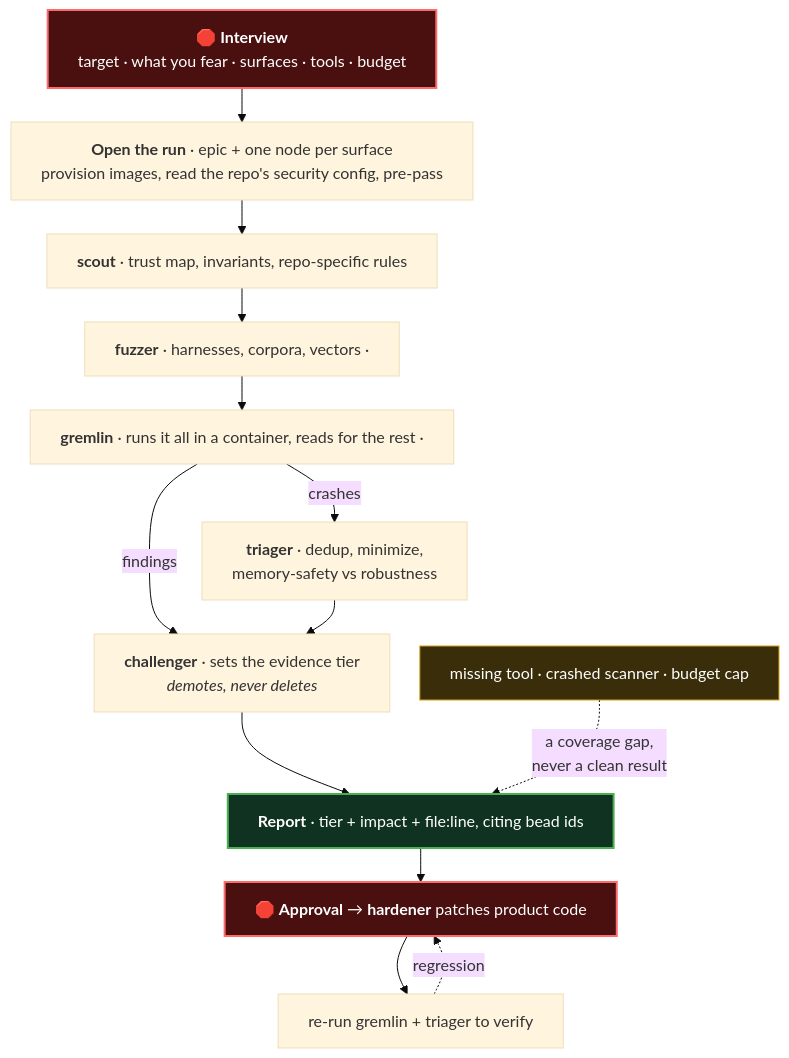
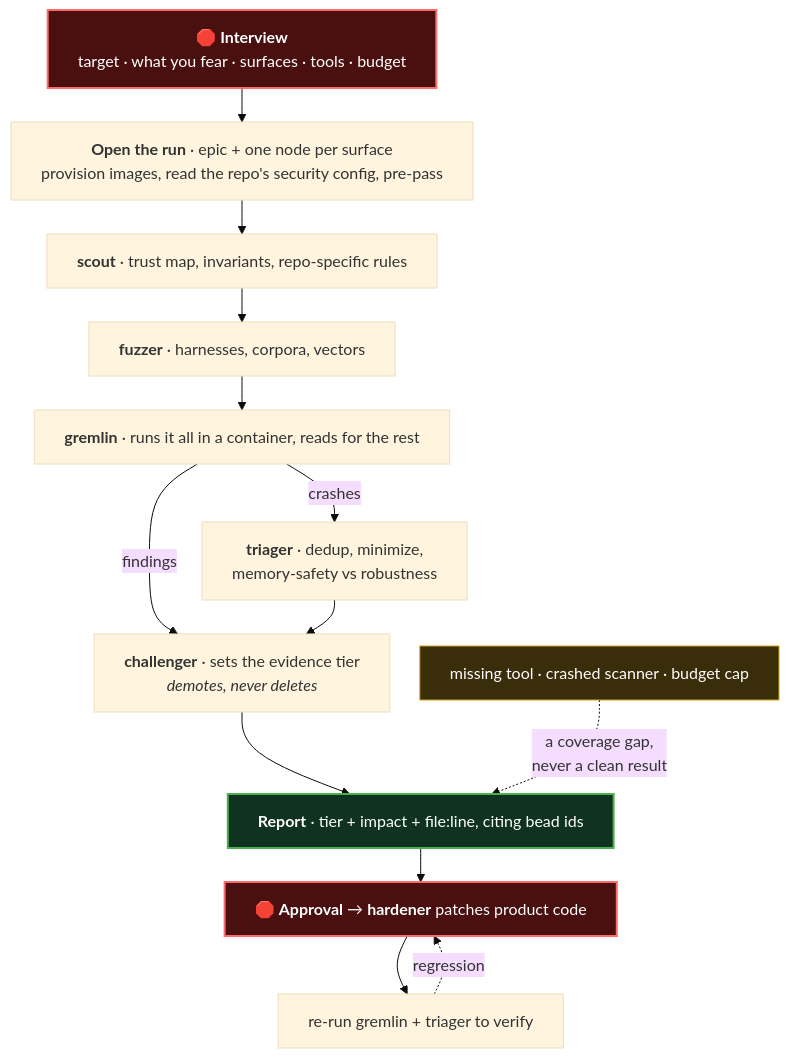
The diagram in README.md (srobroek/break-stuff), drawn with Mermaid (base theme) before and after one commit. The commit also changed other lines of this file, not shown here.

Commit message:
docs: drop the orphaned separators the last README edit left in the diagram
e885f7d removed the `<i>executes nothing</i>` and `<i>edits nothing</i>`
captions from the fuzzer and gremlin nodes but kept the ` · ` that had
separated them, so both rendered ending in a dangling middle dot. Mermaid parses
it fine, which is why it survived: the defect is visual only, confirmed by
rendering the block before and after with mermaid-cli.

````diff
--- a/README.md
+++ b/README.md
@@ -127,26 +127,26 @@
 ```mermaid
 %%{init: {"flowchart": {"wrappingWidth": 460, "nodeSpacing": 30, "rankSpacing": 34}}}%%
 flowchart TB
     Q["🛑 <b>Interview</b><br/>target · what you fear · surfaces · tools · budget"]
     Q --> OPEN["<b>Open the run</b> · epic + one node per surface<br/>provision images, read the repo's security config, pre-pass"]
 
     OPEN --> SCOUT["<b>scout</b> · trust map, invariants, repo-specific rules"]
-    SCOUT --> FUZZER["<b>fuzzer</b> · harnesses, corpora, vectors · "]
-    FUZZER --> GREMLIN["<b>gremlin</b> · runs it all in a container, reads for the rest · "]
+    SCOUT --> FUZZER["<b>fuzzer</b> · harnesses, corpora, vectors"]
+    FUZZER --> GREMLIN["<b>gremlin</b> · runs it all in a container, reads for the rest"]
 
     GREMLIN -->|crashes| TRIAGER["<b>triager</b> · dedup, minimize,<br/>memory-safety vs robustness"]
     GREMLIN -->|findings| CHAL
     TRIAGER --> CHAL["<b>challenger</b> · sets the evidence tier<br/><i>demotes, never deletes</i>"]
 
     CHAL --> REPORT["<b>Report</b> · tier + impact + file:line, citing bead ids"]
     SKIP["missing tool · crashed scanner · budget cap"] -.->|"a coverage gap,<br/>never a clean result"| REPORT
 
     REPORT --> HARD["🛑 <b>Approval</b> → <b>hardener</b> patches product code"]
     HARD --> REVERIFY["re-run gremlin + triager to verify"]
     REVERIFY -.->|regression| HARD
 
     style Q fill:#4a1010,stroke:#ff6b6b,stroke-width:2px,color:#fff
     style HARD fill:#4a1010,stroke:#ff6b6b,stroke-width:2px,color:#fff
     style SKIP fill:#3a2d0a,stroke:#d4a017,color:#fff
     style REPORT fill:#0f3320,stroke:#4caf50,stroke-width:2px,color:#fff
 ```
````
